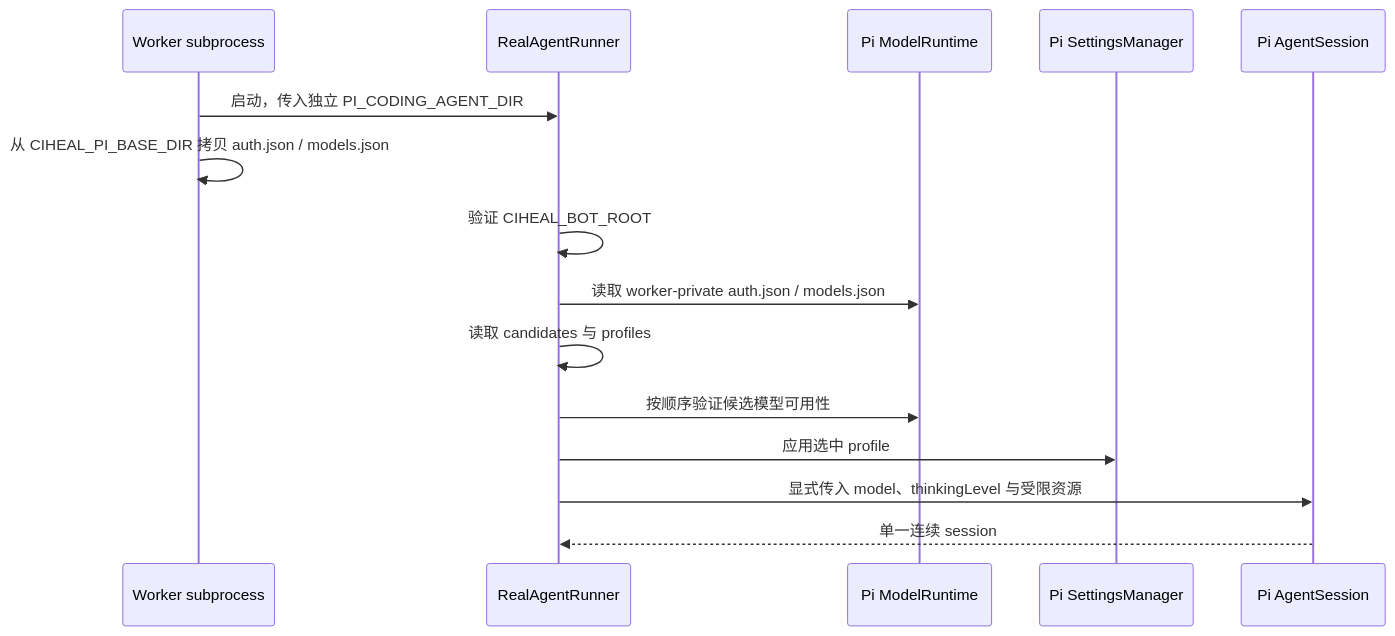
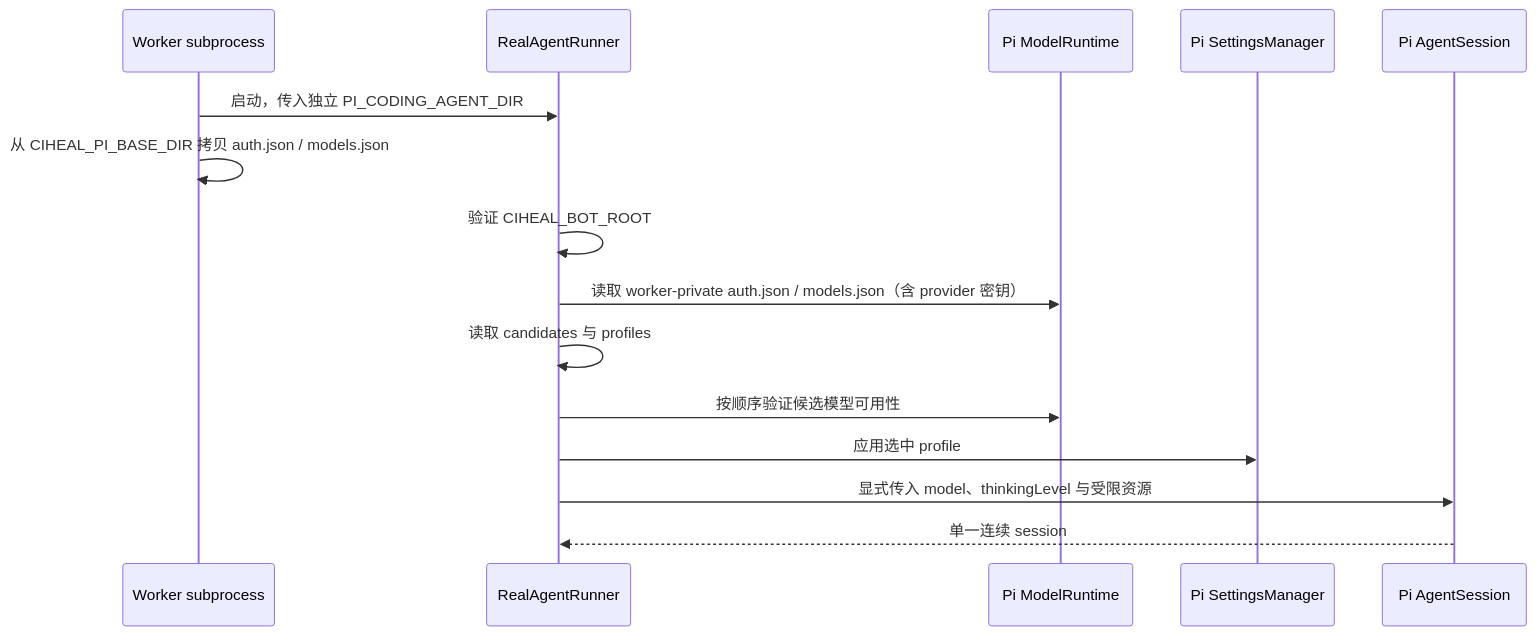
The diagram in docs/pi-agent-configuration.md (EarthChen/ci-bot), drawn with Mermaid before and after one commit. The commit also changed other lines of this file and 7 other files, not shown here.

````diff
--- a/docs/pi-agent-configuration.md
+++ b/docs/pi-agent-configuration.md
@@ -62,18 +61,18 @@
 ```mermaid
 sequenceDiagram
     participant W as Worker subprocess
     participant R as RealAgentRunner
     participant M as Pi ModelRuntime
     participant S as Pi SettingsManager
     participant A as Pi AgentSession
 
     W->>R: 启动，传入独立 PI_CODING_AGENT_DIR
     W->>W: 从 CIHEAL_PI_BASE_DIR 拷贝 auth.json / models.json
     R->>R: 验证 CIHEAL_BOT_ROOT
-    R->>M: 读取 worker-private auth.json / models.json
+    R->>M: 读取 worker-private auth.json / models.json（含 provider 密钥）
     R->>R: 读取 candidates 与 profiles
     R->>M: 按顺序验证候选模型可用性
     R->>S: 应用选中 profile
     R->>A: 显式传入 model、thinkingLevel 与受限资源
     A-->>R: 单一连续 session
 ```
````
